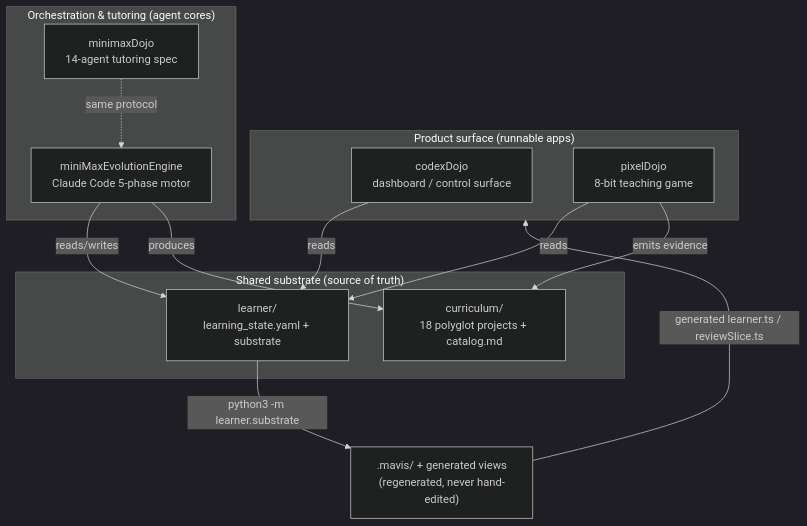
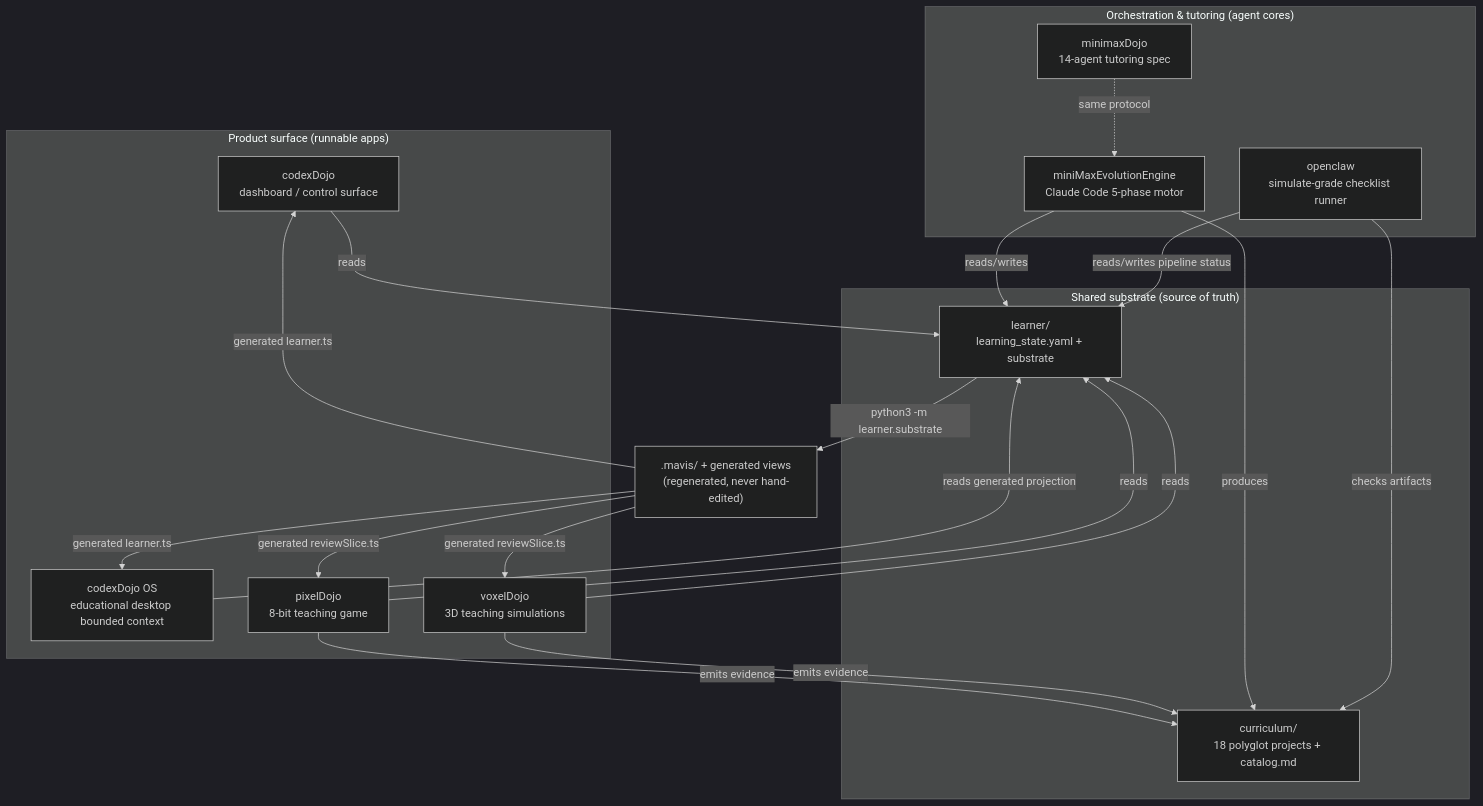
The first of 4 diagrams in docs/handbook/01_architecture.md (dandpb/aidevschool), drawn with Mermaid (dark theme) before and after one commit. The commit also changed other lines of this file and 148 other files, not shown here.

````diff
--- a/docs/handbook/01_architecture.md
+++ b/docs/handbook/01_architecture.md
@@ -24,25 +24,36 @@
 ```mermaid
 flowchart TB
     subgraph surface["Product surface (runnable apps)"]
         codex["codexDojo<br/>dashboard / control surface"]
+        os["codexDojo OS<br/>educational desktop bounded context"]
         pixel["pixelDojo<br/>8-bit teaching game"]
+        voxel["voxelDojo<br/>3D teaching simulations"]
     end
     subgraph orchestration["Orchestration & tutoring (agent cores)"]
         mmee["miniMaxEvolutionEngine<br/>Claude Code 5-phase motor"]
         mmd["minimaxDojo<br/>14-agent tutoring spec"]
+        openclaw["openclaw<br/>simulate-grade checklist runner"]
     end
     subgraph substrate["Shared substrate (source of truth)"]
         learner["learner/<br/>learning_state.yaml + substrate"]
         curriculum["curriculum/<br/>18 polyglot projects + catalog.md"]
     end
     derived[".mavis/ + generated views<br/>(regenerated, never hand-edited)"]
 
     codex -->|reads| learner
+    os -->|reads generated projection| learner
     pixel -->|reads| learner
     pixel -->|emits evidence| curriculum
+    voxel -->|reads| learner
+    voxel -->|emits evidence| curriculum
     mmee -->|reads/writes| learner
     mmee -->|produces| curriculum
     mmd -.->|same protocol| mmee
+    openclaw -->|reads/writes pipeline status| learner
+    openclaw -->|checks artifacts| curriculum
     learner -->|python3 -m learner.substrate| derived
-    derived -->|generated learner.ts / reviewSlice.ts| surface
+    derived -->|generated learner.ts| codex
+    derived -->|generated learner.ts| os
+    derived -->|generated reviewSlice.ts| pixel
+    derived -->|generated reviewSlice.ts| voxel
 ```
````
